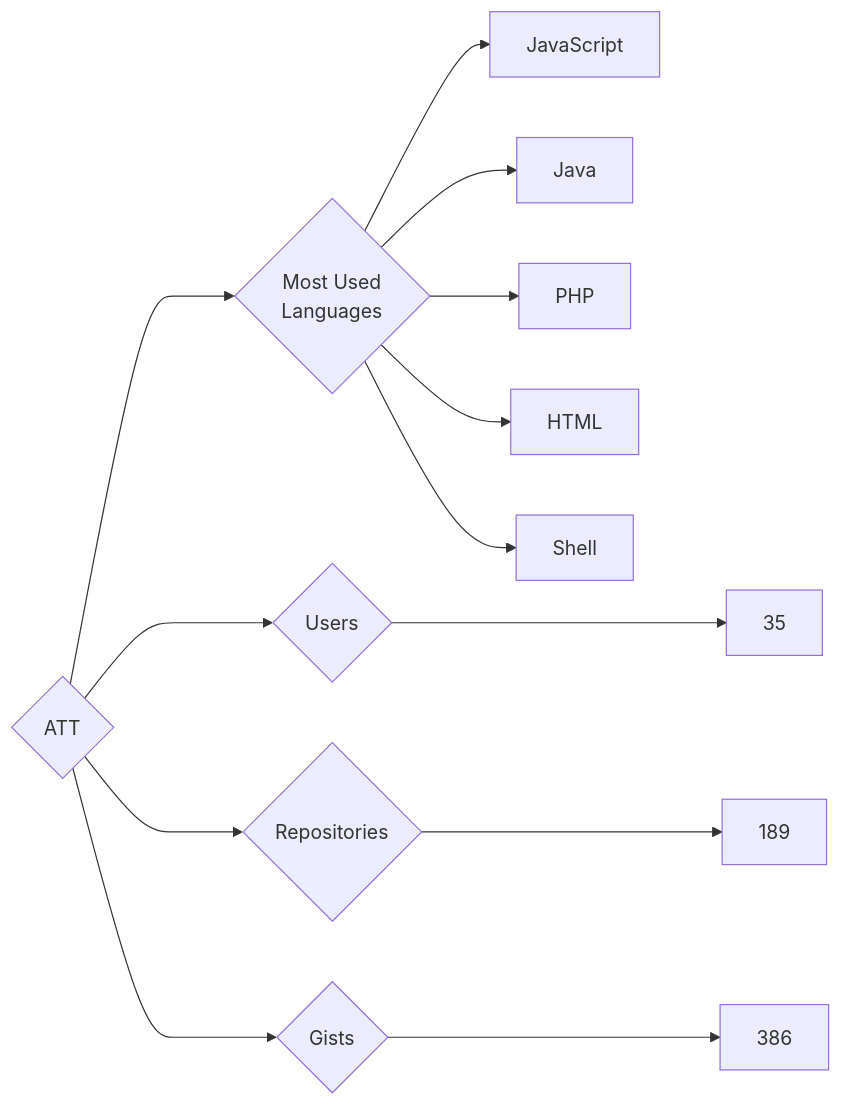
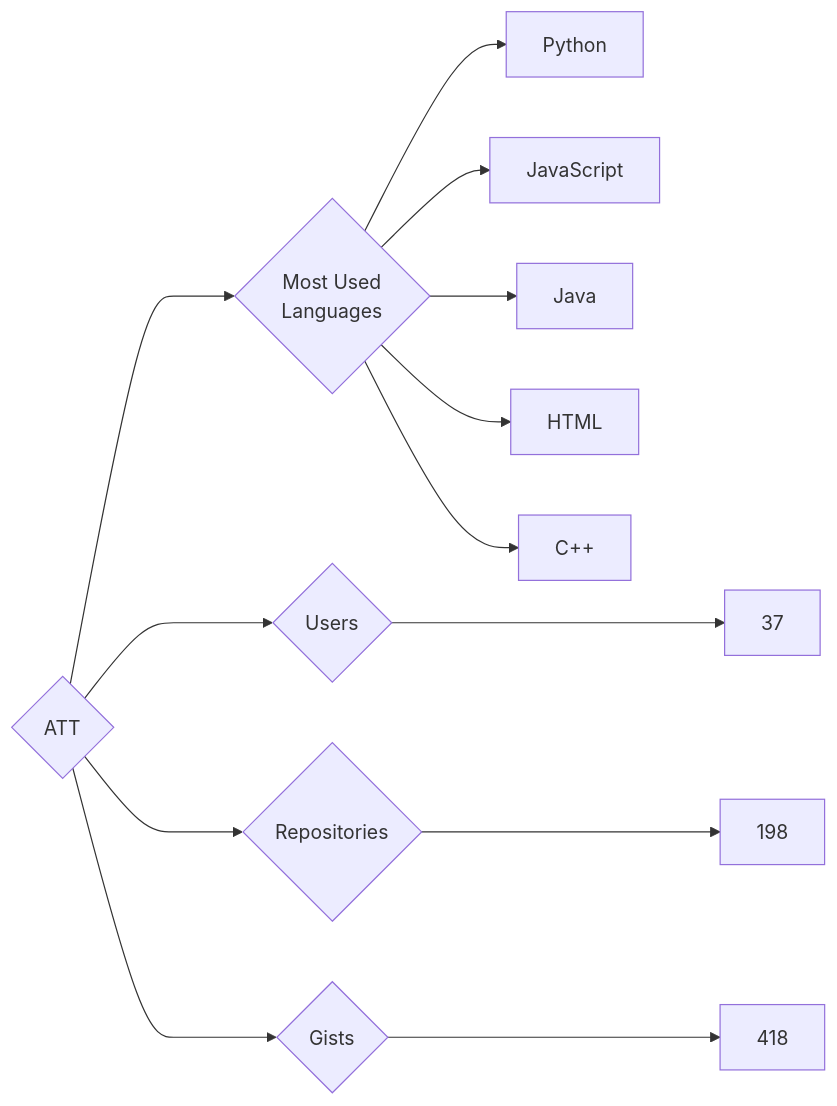
One commit to trickest/insiders changed the diagram in targets/ATT/README.md. Above: the diagram before and after it, drawn with Mermaid. The commit also changed 720 other files, not shown here.

````diff
--- a/targets/ATT/README.md
+++ b/targets/ATT/README.md
@@ -3,13 +3,13 @@
 ```mermaid
 graph LR
 COMPANY_NAME{ATT}
-COMPANY_NAME ---> U{Users} ---> UN[35]
-COMPANY_NAME ---> R{Repositories} ---> RN[189]
-COMPANY_NAME ---> G{Gists} ---> GN[386]
+COMPANY_NAME ---> U{Users} ---> UN[37]
+COMPANY_NAME ---> R{Repositories} ---> RN[198]
+COMPANY_NAME ---> G{Gists} ---> GN[418]
 COMPANY_NAME ---> ML{Most Used<br>Languages}
+ML --> Python[Python]
 ML --> JavaScript[JavaScript]
 ML --> Java[Java]
-ML --> PHP[PHP]
 ML --> HTML[HTML]
-ML --> Shell[Shell]
+ML --> C++[C++]
 ```
````
